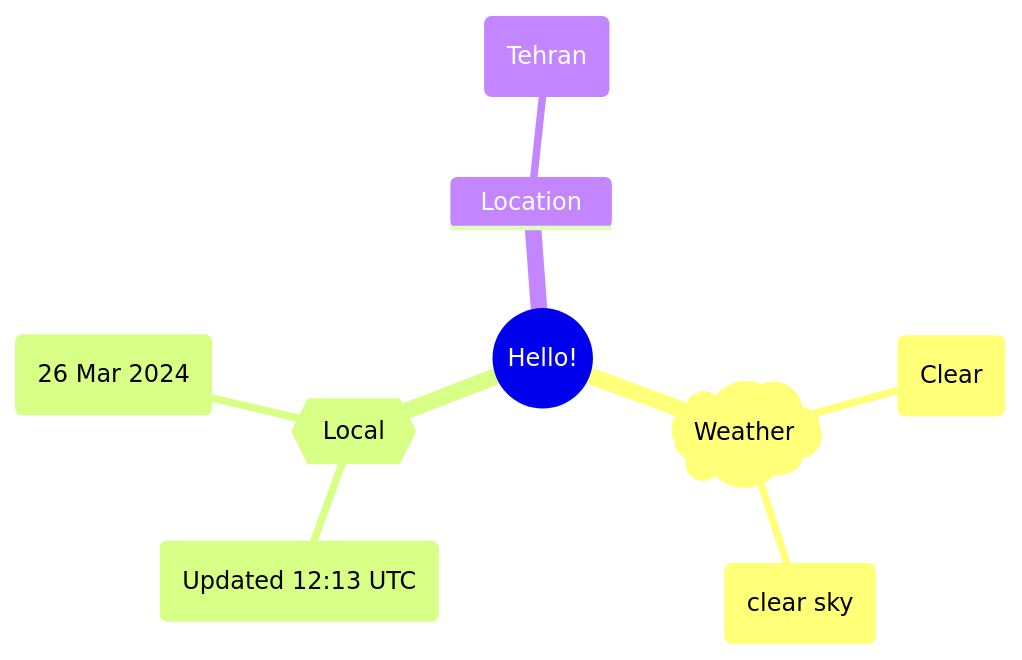
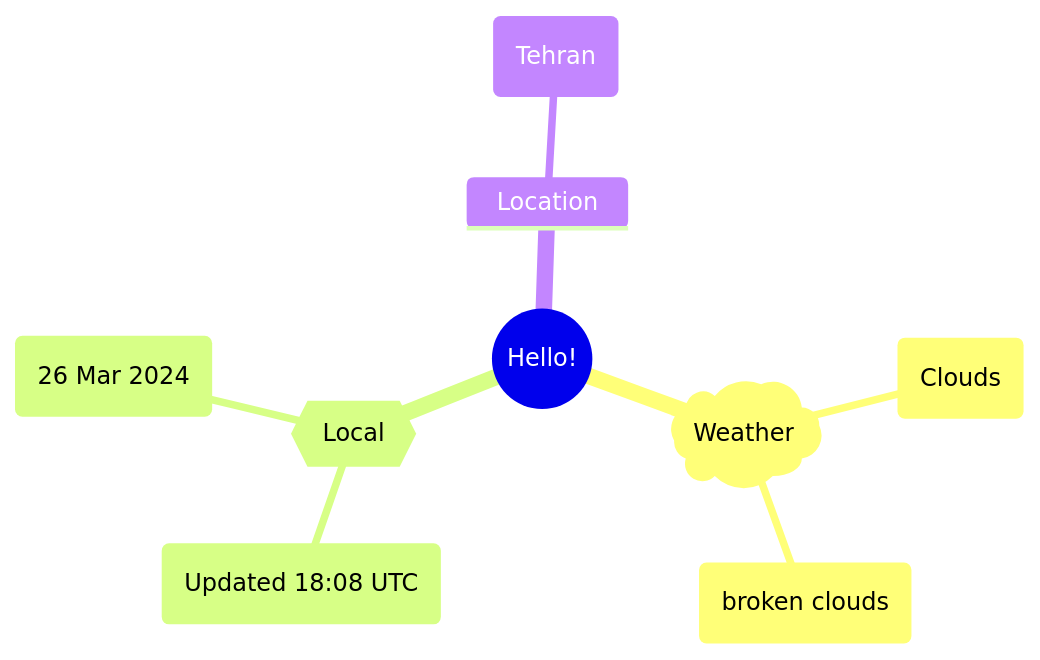
Before and after one commit to Xosrov/Xosrov: the first of 2 diagrams in README.md, drawn with Mermaid.

Commit message:
[bot] updated images

````diff
--- a/README.md
+++ b/README.md
@@ -3,12 +3,12 @@
 ```mermaid
 mindmap
   root((Hello!))
     )Weather(
-        (Clear)
-        (clear sky)
+        (Clouds)
+        (broken clouds)
     {{Local}}
-        (Updated 12:13 UTC)
+        (Updated 18:08 UTC)
         (26 Mar 2024)
     Location
         (Tehran)
 ```
````
